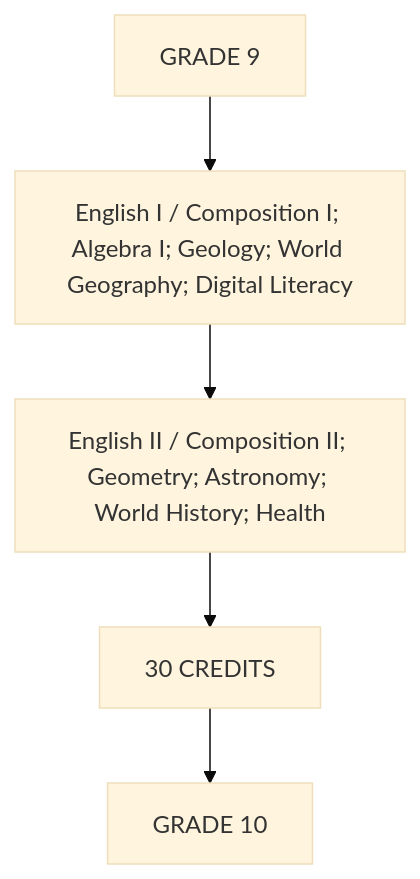
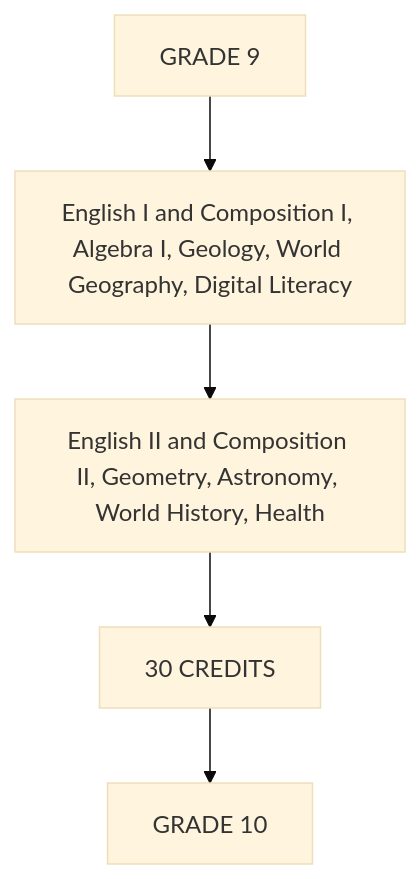
The fourth of 29 diagrams in RIAH-PATHWAY-CURRICULUM-STRUCTURE/RIAH-PATHWAY-HIGH-SCHOOL-STRUCTURE/HIGH-SCHOOL-STRUCTURE.md (RIAHPathway/Website-Draft), drawn with Mermaid (base theme) before and after one commit. The commit also changed other lines of this file, not shown here.

Commit message:
Repair High School Mermaid rendering compatibility

````diff
--- a/RIAH-PATHWAY-CURRICULUM-STRUCTURE/RIAH-PATHWAY-HIGH-SCHOOL-STRUCTURE/HIGH-SCHOOL-STRUCTURE.md
+++ b/RIAH-PATHWAY-CURRICULUM-STRUCTURE/RIAH-PATHWAY-HIGH-SCHOOL-STRUCTURE/HIGH-SCHOOL-STRUCTURE.md
@@ -390,12 +390,12 @@
 ```mermaid
-flowchart TD
+graph TD
     N0["GRADE 9"]
-    N1["English I / Composition I; Algebra I; Geology; World Geography; Digital Literacy"]
-    N2["English II / Composition II; Geometry; Astronomy; World History; Health"]
+    N1["English I and Composition I, Algebra I, Geology, World Geography, Digital Literacy"]
+    N2["English II and Composition II, Geometry, Astronomy, World History, Health"]
     N3["30 CREDITS"]
     N4["GRADE 10"]
     N0 --> N1
     N1 --> N2
     N2 --> N3
     N3 --> N4
 ```
````
